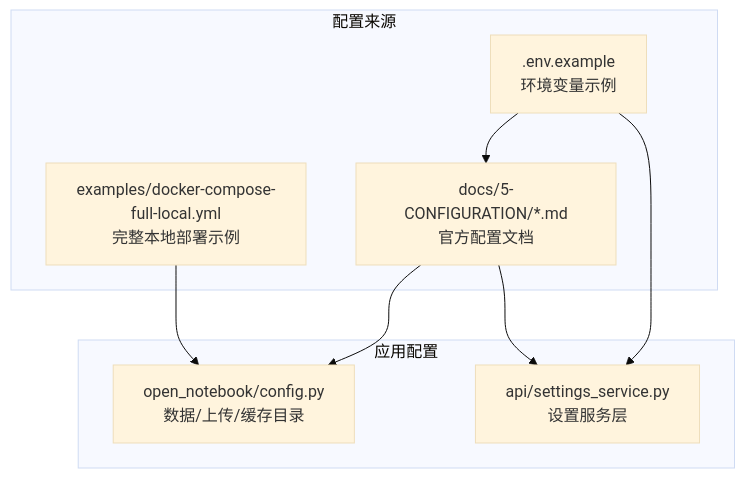
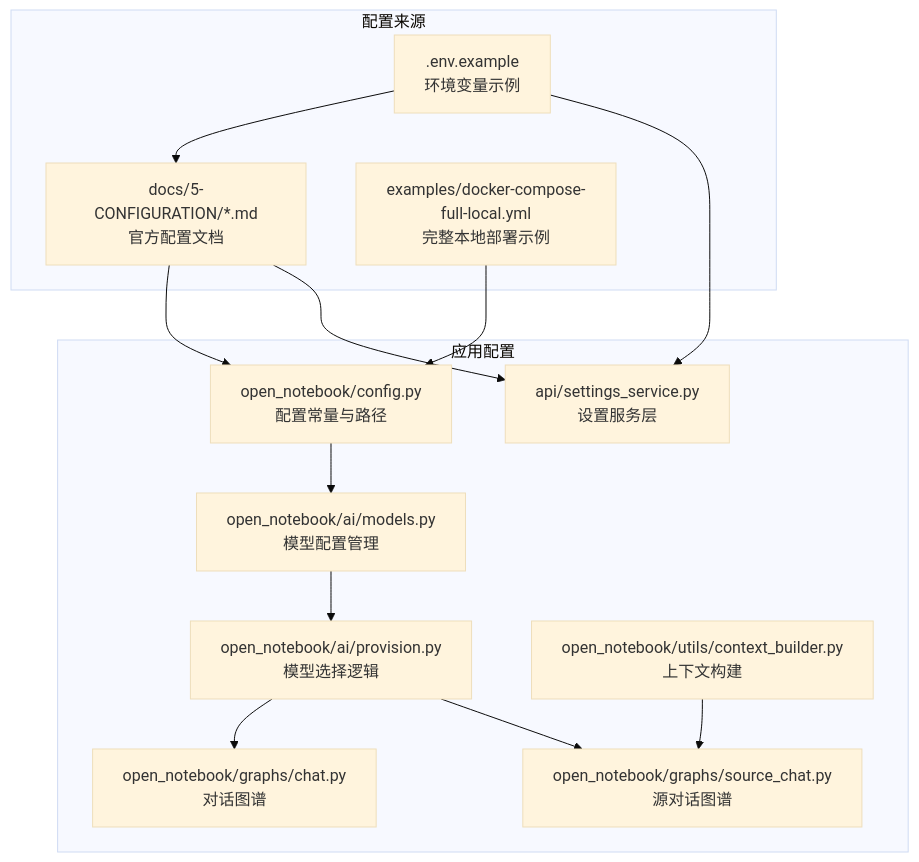
Before and after one commit to jackeyunjie/open-notebook: the first of 12 diagrams in .qoder/repowiki/zh/content/配置管理/配置管理.md, drawn with Mermaid (base theme). The commit also changed other lines of this file and 51 other files, not shown here.

````diff
--- a/.qoder/repowiki/zh/content/配置管理/配置管理.md
+++ b/.qoder/repowiki/zh/content/配置管理/配置管理.md
@@ -45,17 +67,27 @@
 ```mermaid
 graph TB
 subgraph "配置来源"
 ENV[".env.example<br/>环境变量示例"]
 DOCS["docs/5-CONFIGURATION/*.md<br/>官方配置文档"]
 EXAMPLES["examples/docker-compose-full-local.yml<br/>完整本地部署示例"]
 end
 subgraph "应用配置"
-CFG["open_notebook/config.py<br/>数据/上传/缓存目录"]
+CFG["open_notebook/config.py<br/>配置常量与路径"]
+MODELS["open_notebook/ai/models.py<br/>模型配置管理"]
+PROVISION["open_notebook/ai/provision.py<br/>模型选择逻辑"]
+CONTEXT["open_notebook/utils/context_builder.py<br/>上下文构建"]
+CHAT["open_notebook/graphs/chat.py<br/>对话图谱"]
+SOURCECHAT["open_notebook/graphs/source_chat.py<br/>源对话图谱"]
 SVC["api/settings_service.py<br/>设置服务层"]
 end
 ENV --> DOCS
 DOCS --> CFG
 EXAMPLES --> CFG
+CFG --> MODELS
+MODELS --> PROVISION
+PROVISION --> CHAT
+PROVISION --> SOURCECHAT
+CONTEXT --> SOURCECHAT
 ENV --> SVC
 DOCS --> SVC
 ```
````
